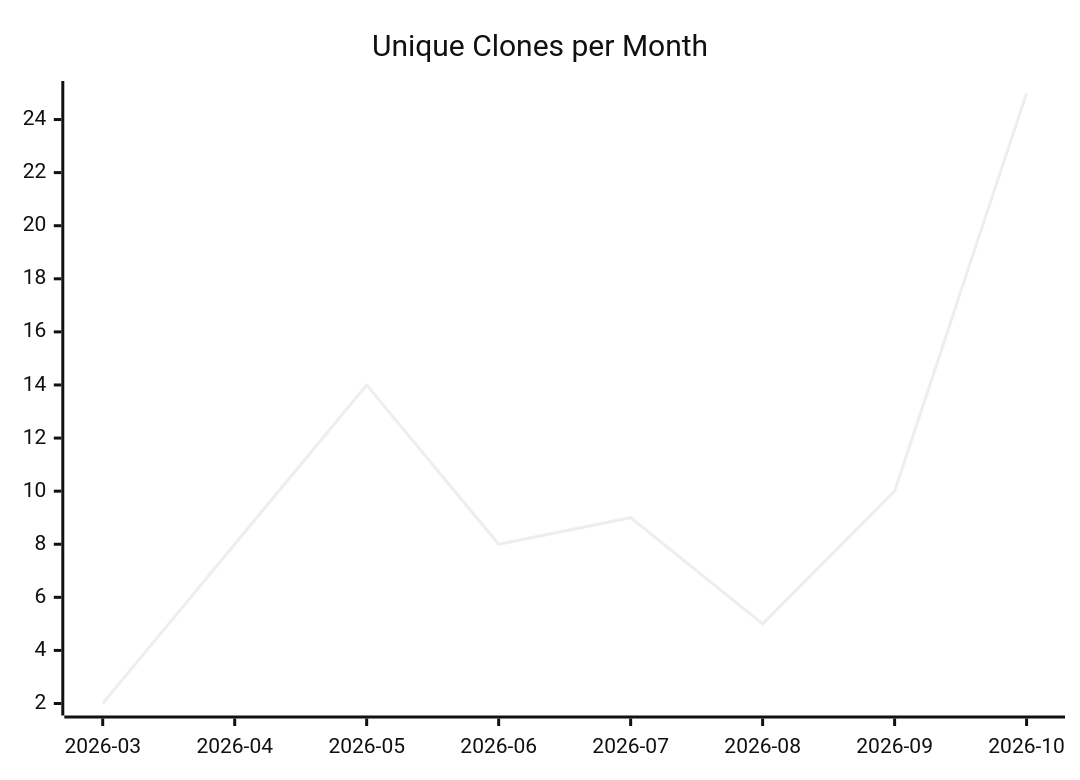
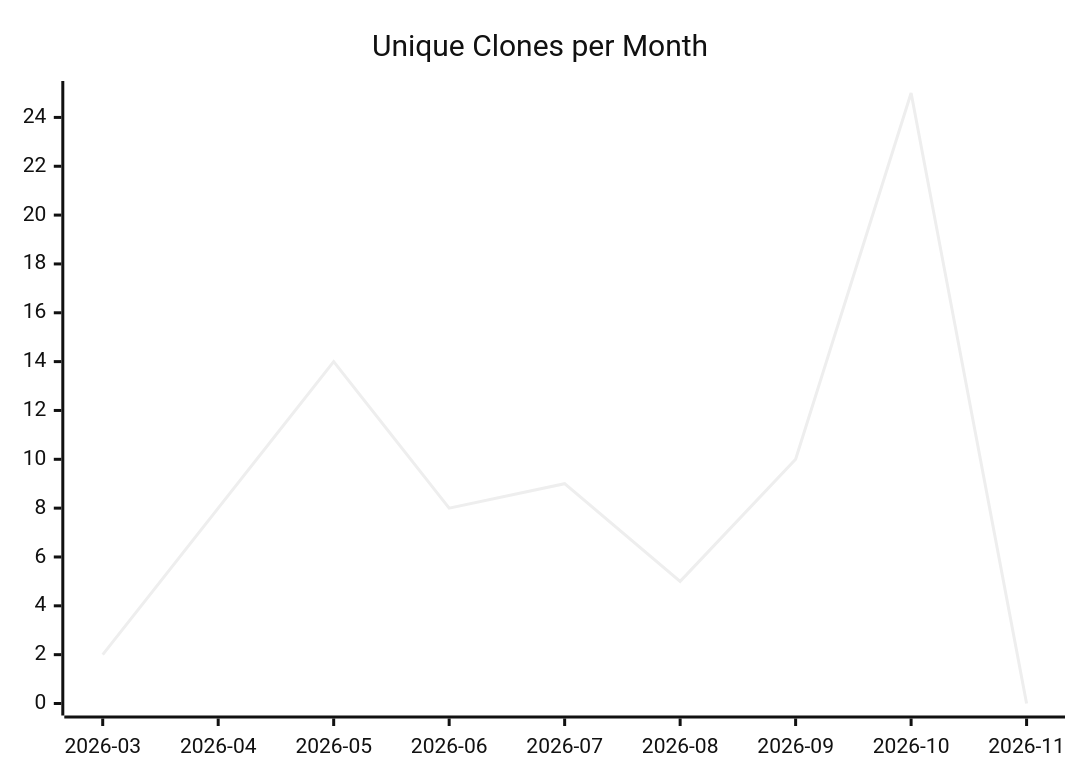
The third of 3 diagrams in karlmdavis/kobjects/README.md (justdavis-family/github-analytics-data), drawn with Mermaid (neutral theme) before and after one commit. The commit also changed other lines of this file and 201 other files, not shown here.

````diff
--- a/karlmdavis/kobjects/README.md
+++ b/karlmdavis/kobjects/README.md
@@ -19,6 +19,6 @@
 ```mermaid
 xychart-beta
   title "Unique Clones per Month"
-  x-axis ["2026-03", "2026-04", "2026-05", "2026-06", "2026-07", "2026-08", "2026-09", "2026-10"]
-  line [2, 8, 14, 8, 9, 5, 10, 25]
+  x-axis ["2026-03", "2026-04", "2026-05", "2026-06", "2026-07", "2026-08", "2026-09", "2026-10", "2026-11"]
+  line [2, 8, 14, 8, 9, 5, 10, 25, 0]
 ```
````
